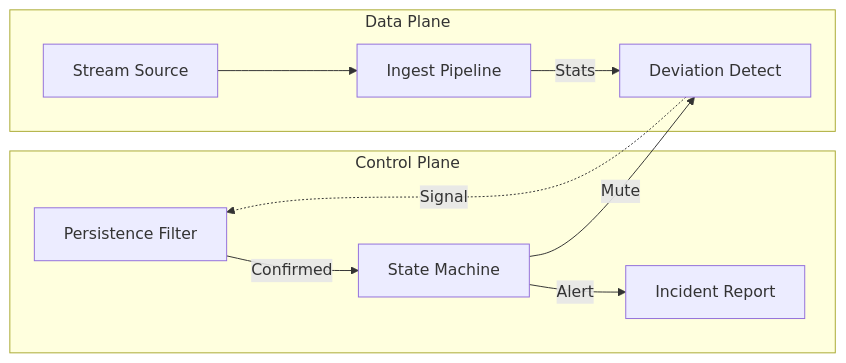
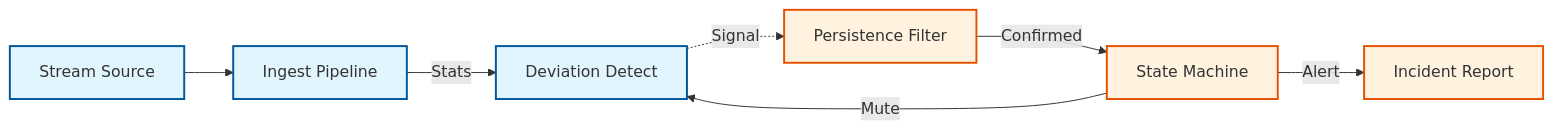
One commit to Mihirmaru22/BLACKICE changed the diagram in README.md. Above: the diagram before and after it, drawn with Mermaid.

Commit message:
docs: replace clipped subgraphs with color-coded nodes

````diff
--- a/README.md
+++ b/README.md
@@ -74,29 +74,29 @@
 ```mermaid
 graph LR
-  %% 1. Define Subgraphs
-  subgraph Control["Control Plane &nbsp; &nbsp; &nbsp;"]
-    PF["Persistence Filter"]
-    SM["State Machine"]
-    IR["Incident Report"]
-  end
+  %% Data Plane Nodes
+  SS["Stream Source"]
+  IP["Ingest Pipeline"]
+  DD["Deviation Detect"]
 
-  subgraph Data["Data Plane &nbsp; &nbsp; &nbsp;"]
-    SS["Stream Source"]
-    IP["Ingest Pipeline"]
-    DD["Deviation Detect"]
-  end
+  %% Control Plane Nodes
+  PF["Persistence Filter"]
+  SM["State Machine"]
+  IR["Incident Report"]
 
-  %% 2. Data Plane Flow
+  %% Data Flow
   SS --> IP
   IP -->|Stats| DD
-
-  %% 3. Cross-Layer Signal
   DD -.->|Signal| PF
 
-  %% 4. Control Plane Flow
+  %% Control Flow
   PF -->|Confirmed| SM
   SM -->|Alert| IR
+  SM -->|Mute| DD
 
-  %% 5. Feedback Loop
-  SM -->|Mute| DD
+  %% Styling
+  classDef data fill:#e1f5fe,stroke:#01579b,stroke-width:2px;
+  classDef control fill:#fff3e0,stroke:#e65100,stroke-width:2px;
+
+  class SS,IP,DD data;
+  class PF,SM,IR control;
 ```
````
